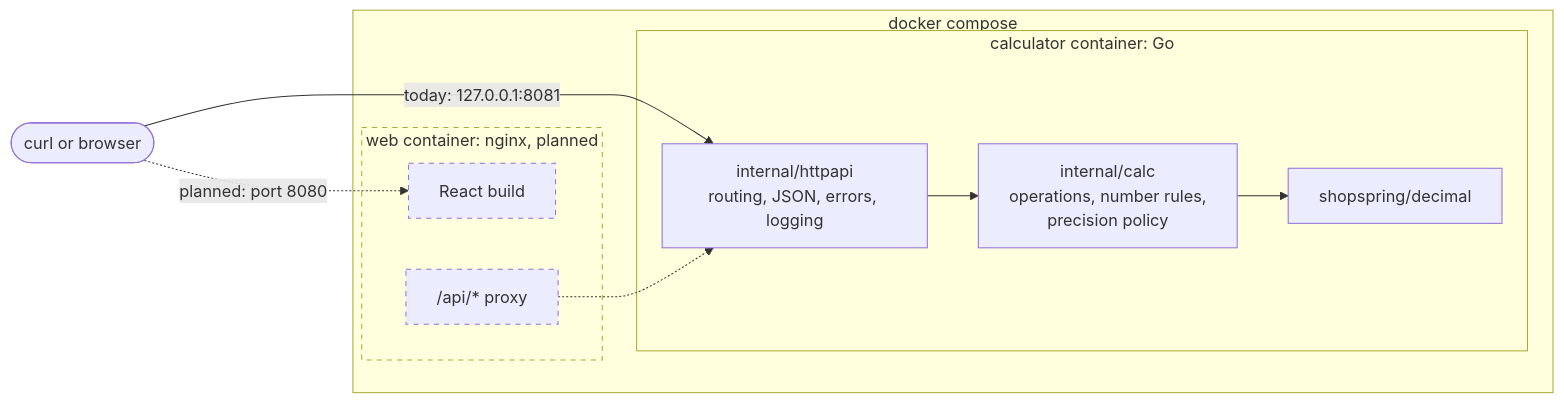
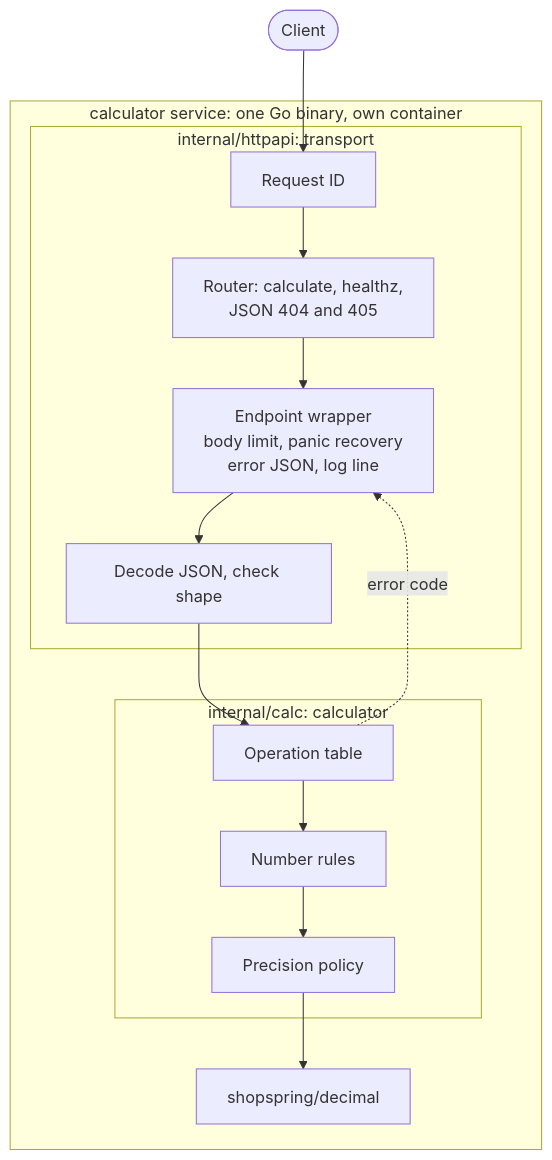
Before and after one commit to FurkanCodes/calculator: the diagram in README.md, drawn with Mermaid. The commit also changed other lines of this file and 1 other file, not shown here.

Commit message:
Reorganise README to the agreed outline with a service architecture diagram

````diff
--- a/README.md
+++ b/README.md
@@ -149,23 +120,21 @@
 ```mermaid
-flowchart LR
-    client(["curl or browser"])
-    subgraph compose["docker compose"]
-        subgraph web["web container: nginx, planned"]
-            static["React build"]
-            proxy["/api/* proxy"]
+flowchart TB
+    client(["Client"])
+    subgraph service["calculator service: one Go binary, own container"]
+        subgraph transport["internal/httpapi: transport"]
+            rid["Request ID"]
+            router["Router: calculate, healthz,<br/>JSON 404 and 405"]
+            endpoint["Endpoint wrapper<br/>body limit, panic recovery<br/>error JSON, log line"]
+            decode["Decode JSON, check shape"]
         end
-        subgraph calculator["calculator container: Go"]
-            httpapi["internal/httpapi<br/>routing, JSON, errors, logging"]
-            calc["internal/calc<br/>operations, number rules,<br/>precision policy"]
-            decimal["shopspring/decimal"]
+        subgraph calculator["internal/calc: calculator"]
+            dispatch["Operation table"]
+            numbers["Number rules"]
+            policy["Precision policy"]
         end
+        decimal["shopspring/decimal"]
     end
-    client -->|"today: 127.0.0.1:8081"| httpapi
-    client -.->|"planned: port 8080"| static
-    proxy -.-> httpapi
-    httpapi --> calc
-    calc --> decimal
-    style web stroke-dasharray: 5 5
-    style static stroke-dasharray: 5 5
-    style proxy stroke-dasharray: 5 5
+    client --> rid --> router --> endpoint --> decode --> dispatch
+    dispatch --> numbers --> policy --> decimal
+    dispatch -.->|"error code"| endpoint
 ```
````
